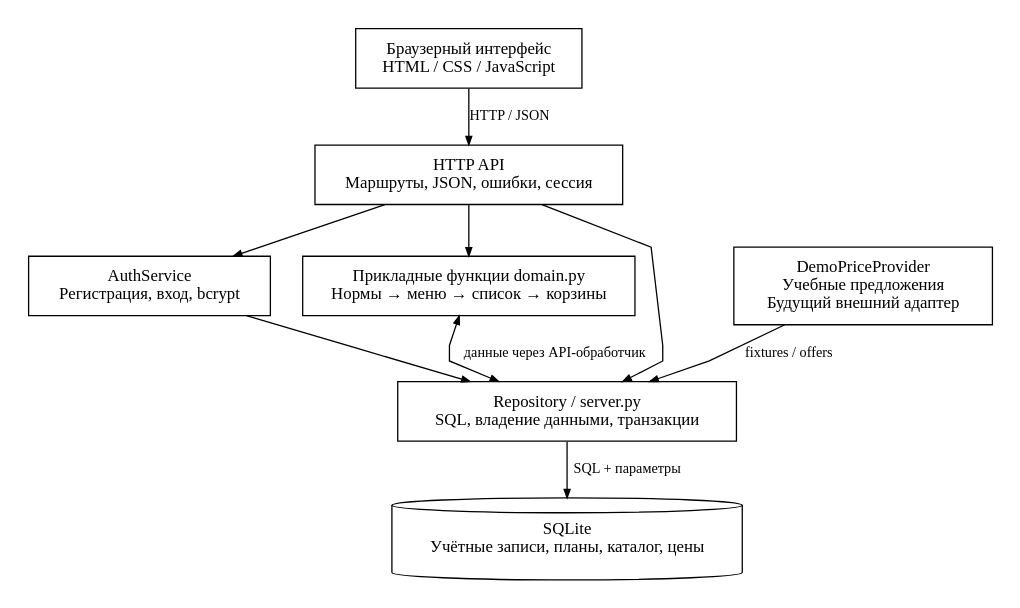
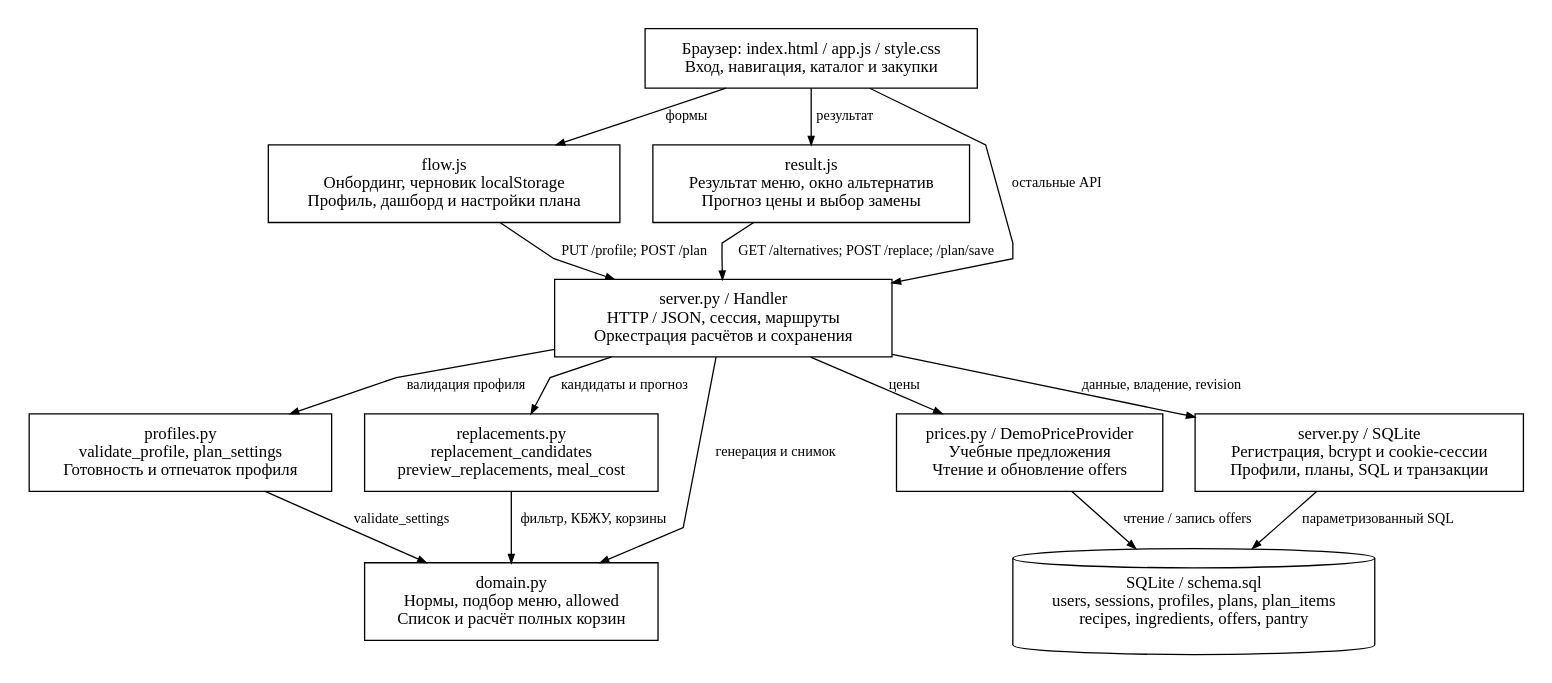
The diagram in docs/lab2/diagrams/structure.dot (Xaz16/FitNutrition), drawn with Graphviz before and after one commit. The commit also changed 11 other files, not shown here.

Commit message:
docs: align ADR format and architecture with profile and replacements

```diff
--- a/docs/lab2/diagrams/structure.dot
+++ b/docs/lab2/diagrams/structure.dot
@@ -1,51 +1,73 @@
 digraph {
-	graph [bb="0 0 644 445",
+	graph [bb="0 0 1029 510",
 		bgcolor=white,
 		nodesep=0.35,
 		pad=0.2,
 		rankdir=TB,
 		ranksep=0.45,
 		splines=polyline
 	];
 	node [color=black,
 		fontname="Times New Roman",
 		fontsize=13,
 		margin="0.15,0.12",
 		style=solid
 	];
 	edge [arrowsize=0.65,
 		fontname="Times New Roman",
 		fontsize=11
 	];
-	ui	[label="Браузерный интерфейс
-HTML / CSS / JavaScript",
+	ui	[label="Браузер: index.html / app.js / style.css
+Вход, навигация, каталог и закупки",
 		shape=box];
-	http	[label="HTTP API
-Маршруты, JSON, ошибки, сессия",
+	onboarding	[label="flow.js
+Онбординг, черновик localStorage
+Профиль, дашборд и настройки плана",
 		shape=box];
-	ui -> http	[label="HTTP / JSON"];
-	auth	[label="AuthService
-Регистрация, вход, bcrypt",
+	ui -> onboarding	[label=формы];
+	result	[label="result.js
+Результат меню, окно альтернатив
+Прогноз цены и выбор замены",
 		shape=box];
-	http -> auth;
-	domain	[label="Прикладные функции domain.py
-Нормы → меню → список → корзины",
+	ui -> result	[label=результат];
+	http	[label="server.py / Handler
+HTTP / JSON, сессия, маршруты
+Оркестрация расчётов и сохранения",
 		shape=box];
-	http -> domain;
-	repo	[label="Repository / server.py
-SQL, владение данными, транзакции",
+	ui -> http	[label="остальные API"];
+	onboarding -> http	[label="PUT /profile; POST /plan"];
+	result -> http	[label="GET /alternatives; POST /replace; /plan/save"];
+	profile	[label="profiles.py
+validate_profile, plan_settings
+Готовность и отпечаток профиля",
 		shape=box];
-	http -> repo;
-	auth -> repo;
-	domain -> repo	[dir=both,
-		label="данные через API-обработчик"];
-	provider	[label="DemoPriceProvider
+	http -> profile	[label="валидация профиля"];
+	replacement	[label="replacements.py
+replacement_candidates
+preview_replacements, meal_cost",
+		shape=box];
+	http -> replacement	[label="кандидаты и прогноз"];
+	domain	[label="domain.py
+Нормы, подбор меню, allowed
+Список и расчёт полных корзин",
+		shape=box];
+	http -> domain	[label="генерация и снимок"];
+	provider	[label="prices.py / DemoPriceProvider
 Учебные предложения
-Будущий внешний адаптер",
+Чтение и обновление offers",
 		shape=box];
-	provider -> repo	[label="fixtures / offers"];
-	db	[label="SQLite
-Учётные записи, планы, каталог, цены",
+	http -> provider	[label=цены];
+	storage	[label="server.py / SQLite
+Регистрация, bcrypt и cookie-сессии
+Профили, планы, SQL и транзакции",
+		shape=box];
+	http -> storage	[label="данные, владение, revision"];
+	profile -> domain	[label=validate_settings];
+	replacement -> domain	[label="фильтр, КБЖУ, корзины"];
+	db	[label="SQLite / schema.sql
+users, sessions, profiles, plans, plan_items
+recipes, ingredients, offers, pantry",
 		shape=cylinder];
-	repo -> db	[label="SQL + параметры"];
+	provider -> db	[label="чтение / запись offers"];
+	storage -> db	[label="параметризованный SQL"];
 }
```
